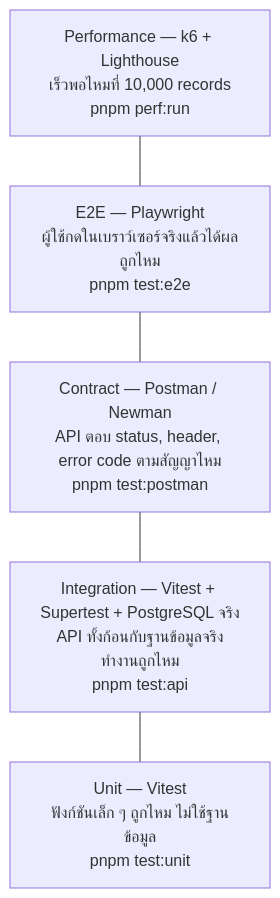
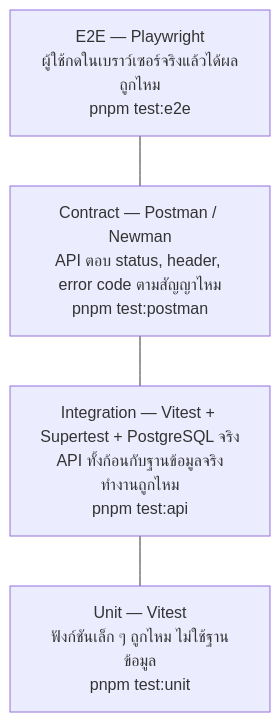
One commit to sittipong-hemloun/helius-tech-test changed the first of 2 diagrams in docs/learn/08-testing.md. Above: the diagram before and after it, drawn with Mermaid. The commit also changed other lines of this file and 82 other files, not shown here.

````diff
--- a/docs/learn/08-testing.md
+++ b/docs/learn/08-testing.md
@@ -5,9 +5,8 @@
 ```mermaid
 flowchart TB
-    P["Performance — k6 + Lighthouse<br/>เร็วพอไหมที่ 10,000 records<br/>pnpm perf:run"]
     E["E2E — Playwright<br/>ผู้ใช้กดในเบราว์เซอร์จริงแล้วได้ผลถูกไหม<br/>pnpm test:e2e"]
     C["Contract — Postman / Newman<br/>API ตอบ status, header, error code ตามสัญญาไหม<br/>pnpm test:postman"]
     I["Integration — Vitest + Supertest + PostgreSQL จริง<br/>API ทั้งก้อนกับฐานข้อมูลจริงทำงานถูกไหม<br/>pnpm test:api"]
     U["Unit — Vitest<br/>ฟังก์ชันเล็ก ๆ ถูกไหม ไม่ใช้ฐานข้อมูล<br/>pnpm test:unit"]
-    P --- E --- C --- I --- U
+    E --- C --- I --- U
 ```
````
